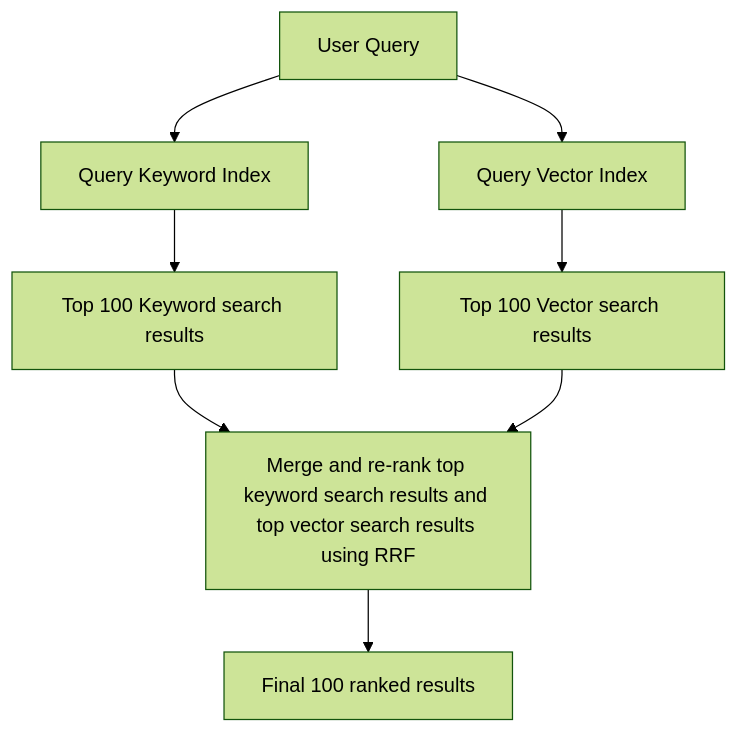
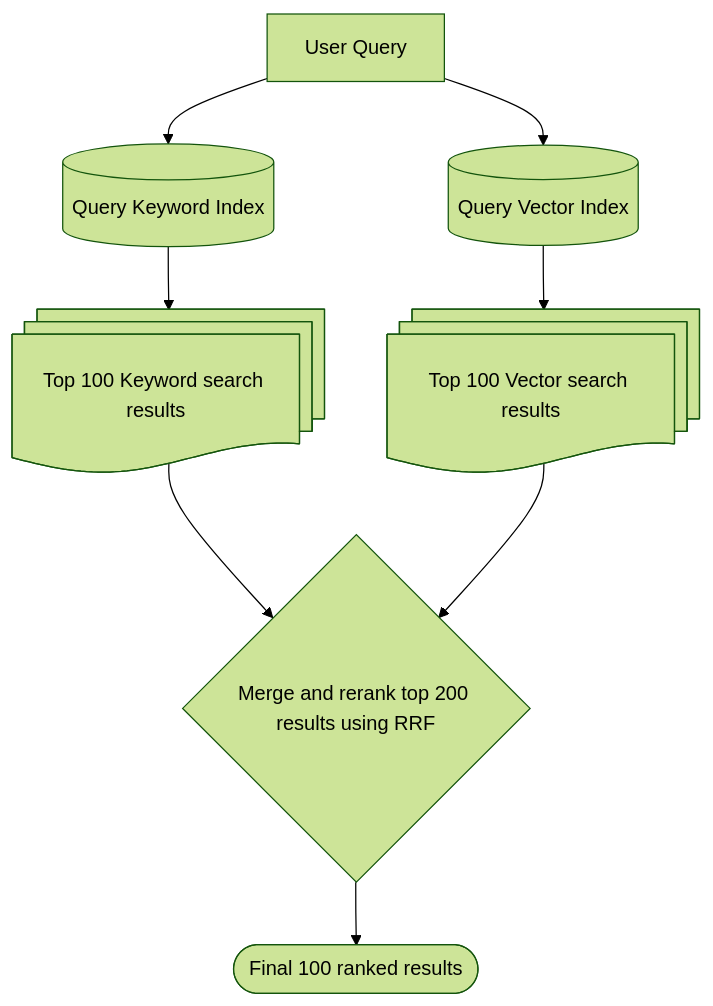
One commit to topk-io/topk changed the first of 2 diagrams in docs/concepts/true-hybrid-search.mdx. Above: the diagram before and after it, drawn with Mermaid (forest theme). The commit also changed other lines of this file and 13 other files, not shown here.

````diff
--- a/docs/concepts/true-hybrid-search.mdx
+++ b/docs/concepts/true-hybrid-search.mdx
@@ -18,13 +18,13 @@
 ```mermaid
 flowchart TD
-    A[User Query] --> B[Query Keyword Index]
-    A --> C[Query Vector Index]
+    A[User Query] --> B[(Query Keyword Index)]
+    A --> C[(Query Vector Index)]
 
-  B --> D[Top 100 Keyword search results]
-  C --> E[Top 100 Vector search results]
+  B --> D@{ shape: docs, label: "Top 100 Keyword search results" }
+  C --> E@{ shape: docs, label: "Top 100 Vector search results" }
 
-  D --> F[Merge and re-rank top keyword search results and top vector search results using RRF]
+  D --> F{Merge and rerank top 200 results using RRF}
   E --> F
 
-  F --> G[Final 100 ranked results]
+  F --> G@{ shape: stadium, label: "Final 100 ranked results" }
 ```
````
